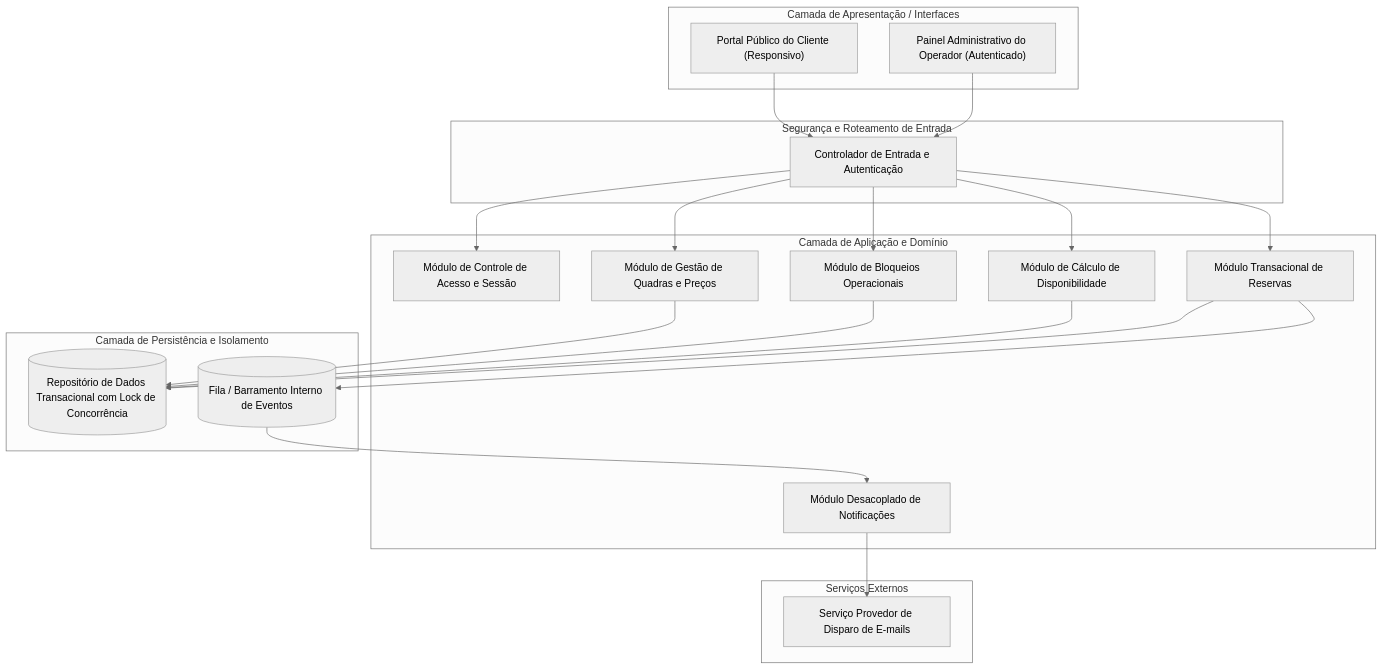
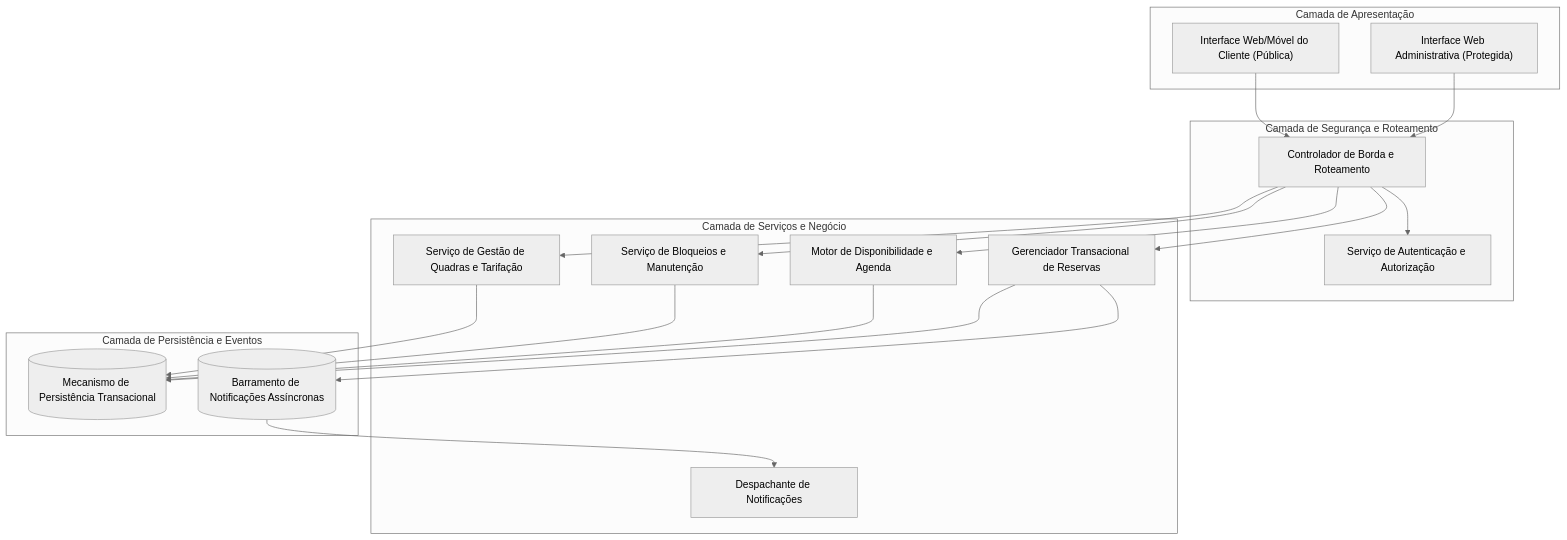
The first of 3 diagrams in docs/Time_2_Design/analise-qualitativa/outputs/relatorio_gemini_3_7_flash_P05.md (PDC-ESIA/AI4ES), drawn with Mermaid (neutral theme) before and after one commit. The commit also changed other lines of this file and 107 other files, not shown here.

````diff
--- a/docs/Time_2_Design/analise-qualitativa/outputs/relatorio_gemini_3_7_flash_P05.md
+++ b/docs/Time_2_Design/analise-qualitativa/outputs/relatorio_gemini_3_7_flash_P05.md
@@ -25,48 +23,42 @@
 ```mermaid
-graph TB
-    subgraph Camada_Apresentacao [Camada de Apresentação / Interfaces]
-        UI_Cliente["Portal Público do Cliente (Responsivo)"]
-        UI_Operador["Painel Administrativo do Operador (Autenticado)"]
+flowchart TB
+    subgraph Camada_Apresentacao["Camada de Apresentação"]
+        UI_Cliente["Interface Web/Móvel do Cliente (Pública)"]
+        UI_Operador["Interface Web Administrativa (Protegida)"]
     end
 
-    subgraph Camada_Borda [Segurança e Roteamento de Entrada]
-        Gateway["Controlador de Entrada e Autenticação"]
+    subgraph Camada_Seguranca["Camada de Segurança e Roteamento"]
+        Gateway["Controlador de Borda e Roteamento"]
+        Auth_Service["Serviço de Autenticação e Autorização"]
     end
 
-    subgraph Camada_Aplicacao [Camada de Aplicação e Domínio]
-        Svc_Auth["Módulo de Controle de Acesso e Sessão"]
-        Svc_Quadras["Módulo de Gestão de Quadras e Preços"]
-        Svc_Bloqueios["Módulo de Bloqueios Operacionais"]
-        Svc_Disponibilidade["Módulo de Cálculo de Disponibilidade"]
-        Svc_Reservas["Módulo Transacional de Reservas"]
-        Svc_Notificacao["Módulo Desacoplado de Notificações"]
+    subgraph Camada_Dominio["Camada de Serviços e Negócio"]
+        Catalog_Service["Serviço de Gestão de Quadras e Tarifação"]
+        Availability_Service["Motor de Disponibilidade e Agenda"]
+        Booking_Service["Gerenciador Transacional de Reservas"]
+        Block_Service["Serviço de Bloqueios e Manutenção"]
+        Notification_Service["Despachante de Notificações"]
     end
 
-    subgraph Camada_Dados [Camada de Persistência e Isolamento]
-        BD_Transacional[("Repositório de Dados Transacional com Lock de Concorrência")]
-        Broker_Eventos[("Fila / Barramento Interno de Eventos")]
-    end
-
-    subgraph Provedores_Externos [Serviços Externos]
-        Gateway_Email["Serviço Provedor de Disparo de E-mails"]
+    subgraph Camada_Persistencia["Camada de Persistência e Eventos"]
+        DB[(Mecanismo de Persistência Transacional)]
+        Event_Queue[(Barramento de Notificações Assíncronas)]
     end
 
     UI_Cliente --> Gateway
     UI_Operador --> Gateway
+    
+    Gateway --> Auth_Service
+    Gateway --> Catalog_Service
+    Gateway --> Availability_Service
+    Gateway --> Booking_Service
+    Gateway --> Block_Service
 
-    Gateway --> Svc_Auth
-    Gateway --> Svc_Disponibilidade
-    Gateway --> Svc_Reservas
-    Gateway --> Svc_Quadras
-    Gateway --> Svc_Bloqueios
-
-    Svc_Quadras --> BD_Transacional
-    Svc_Bloqueios --> BD_Transacional
-    Svc_Disponibilidade --> BD_Transacional
+    Catalog_Service --> DB
+    Block_Service --> DB
+    Availability_Service --> DB
+    Booking_Service --> DB
     
-    Svc_Reservas --> BD_Transacional
-    Svc_Reservas --> Broker_Eventos
-    
-    Broker_Eventos --> Svc_Notificacao
-    Svc_Notificacao --> Gateway_Email
+    Booking_Service --> Event_Queue
+    Event_Queue --> Notification_Service
 ```
````
